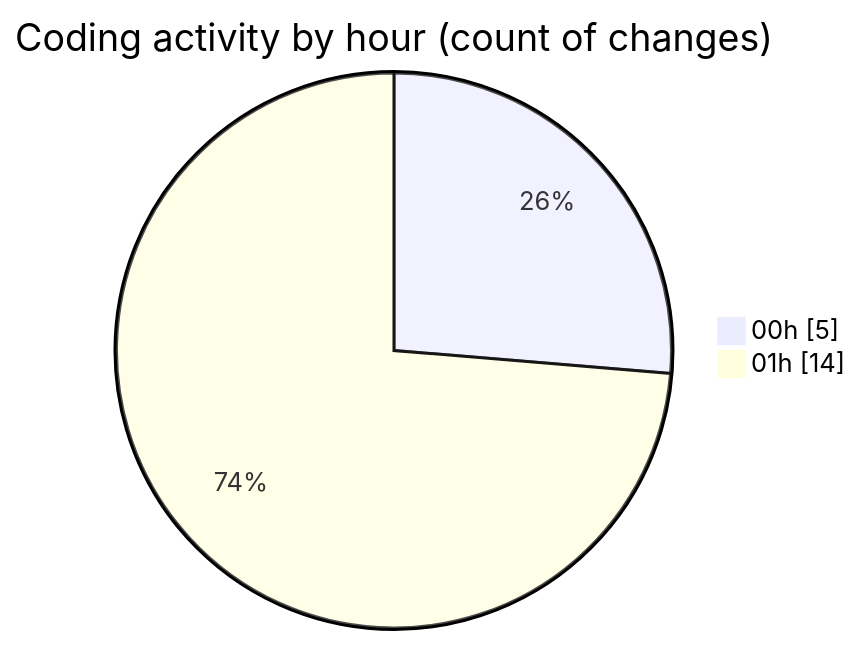
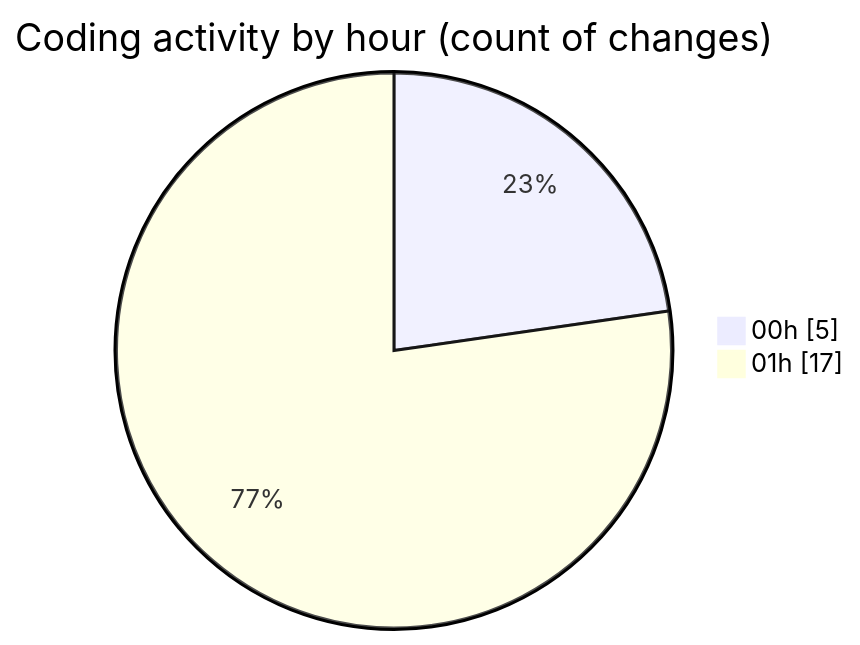
The second of 2 diagrams in 2025-08-04/tw-server/README.md (EIIisD/code-tracking), drawn with Mermaid before and after one commit. The commit also changed other lines of this file and 1 other file, not shown here.

````diff
--- a/2025-08-04/tw-server/README.md
+++ b/2025-08-04/tw-server/README.md
@@ -29,6 +29,6 @@
 ```mermaid
 pie showData
 title Coding activity by hour (count of changes)
 "00h" : 5
-"01h" : 14
+"01h" : 17
 ```
````
